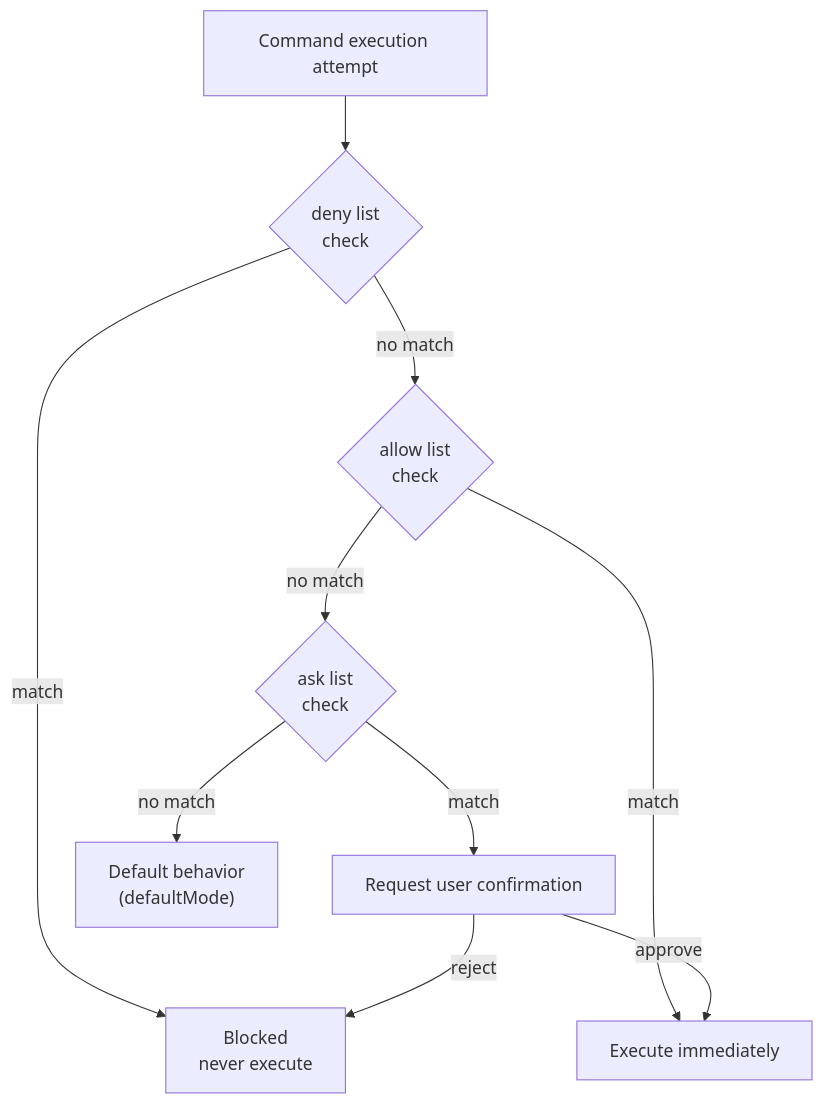
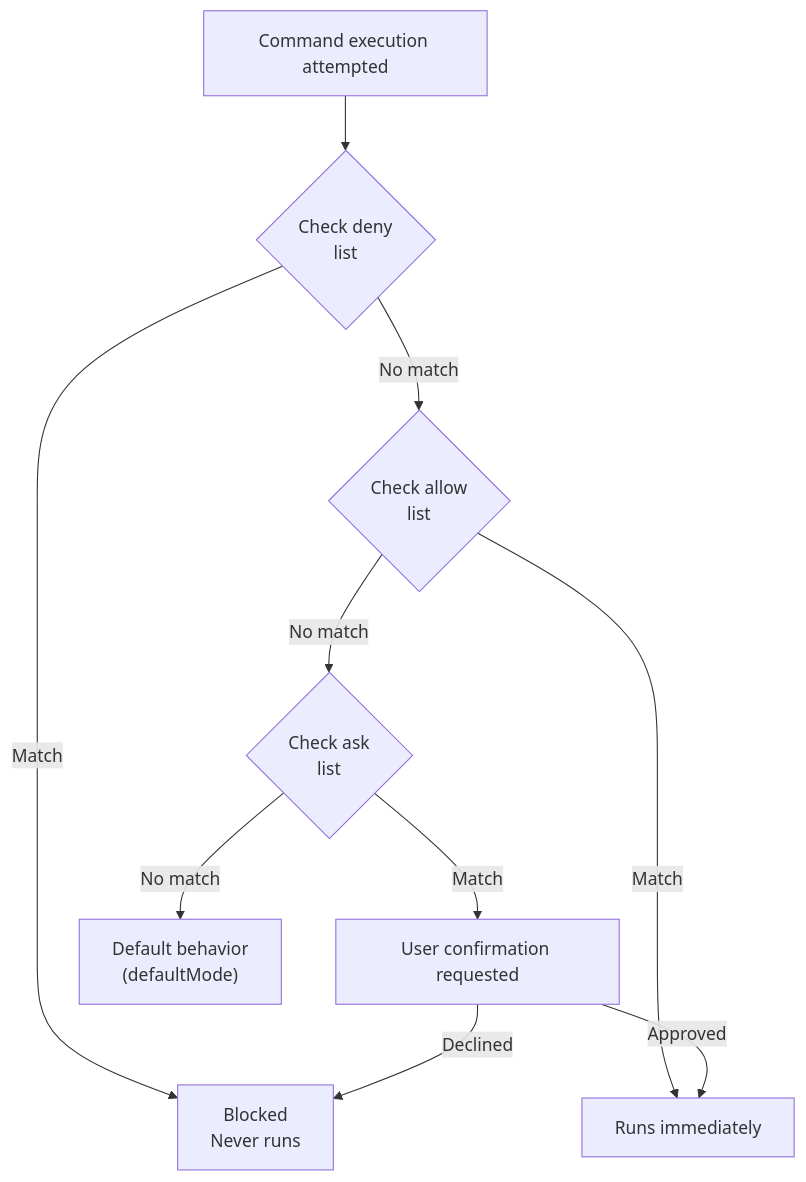
The second of 2 diagrams in docs-site/content/en/advanced/settings-json.md (modu-ai/moai-adk), drawn with Mermaid before and after one commit. The commit also changed other lines of this file and 395 other files, not shown here.

````diff
--- a/docs-site/content/en/advanced/settings-json.md
+++ b/docs-site/content/en/advanced/settings-json.md
@@ -455,16 +455,16 @@
 ```mermaid
 flowchart TD
-    CMD["Command execution attempt"] --> CHECK_DENY{deny list<br>check}
+    CMD["Command execution attempted"] --> CHECK_DENY{Check deny<br>list}
 
-    CHECK_DENY -->|match| BLOCK["Blocked<br>never execute"]
-    CHECK_DENY -->|no match| CHECK_ALLOW{allow list<br>check}
+    CHECK_DENY -->|Match| BLOCK["Blocked<br>Never runs"]
+    CHECK_DENY -->|No match| CHECK_ALLOW{Check allow<br>list}
 
-    CHECK_ALLOW -->|match| EXEC["Execute immediately"]
-    CHECK_ALLOW -->|no match| CHECK_ASK{ask list<br>check}
+    CHECK_ALLOW -->|Match| EXEC["Runs immediately"]
+    CHECK_ALLOW -->|No match| CHECK_ASK{Check ask<br>list}
 
-    CHECK_ASK -->|match| ASK["Request user confirmation"]
-    CHECK_ASK -->|no match| DEFAULT["Default behavior<br>(defaultMode)"]
+    CHECK_ASK -->|Match| ASK["User confirmation requested"]
+    CHECK_ASK -->|No match| DEFAULT["Default behavior<br>(defaultMode)"]
 
-    ASK -->|approve| EXEC
-    ASK -->|reject| BLOCK
+    ASK -->|Approved| EXEC
+    ASK -->|Declined| BLOCK
 ```
````
